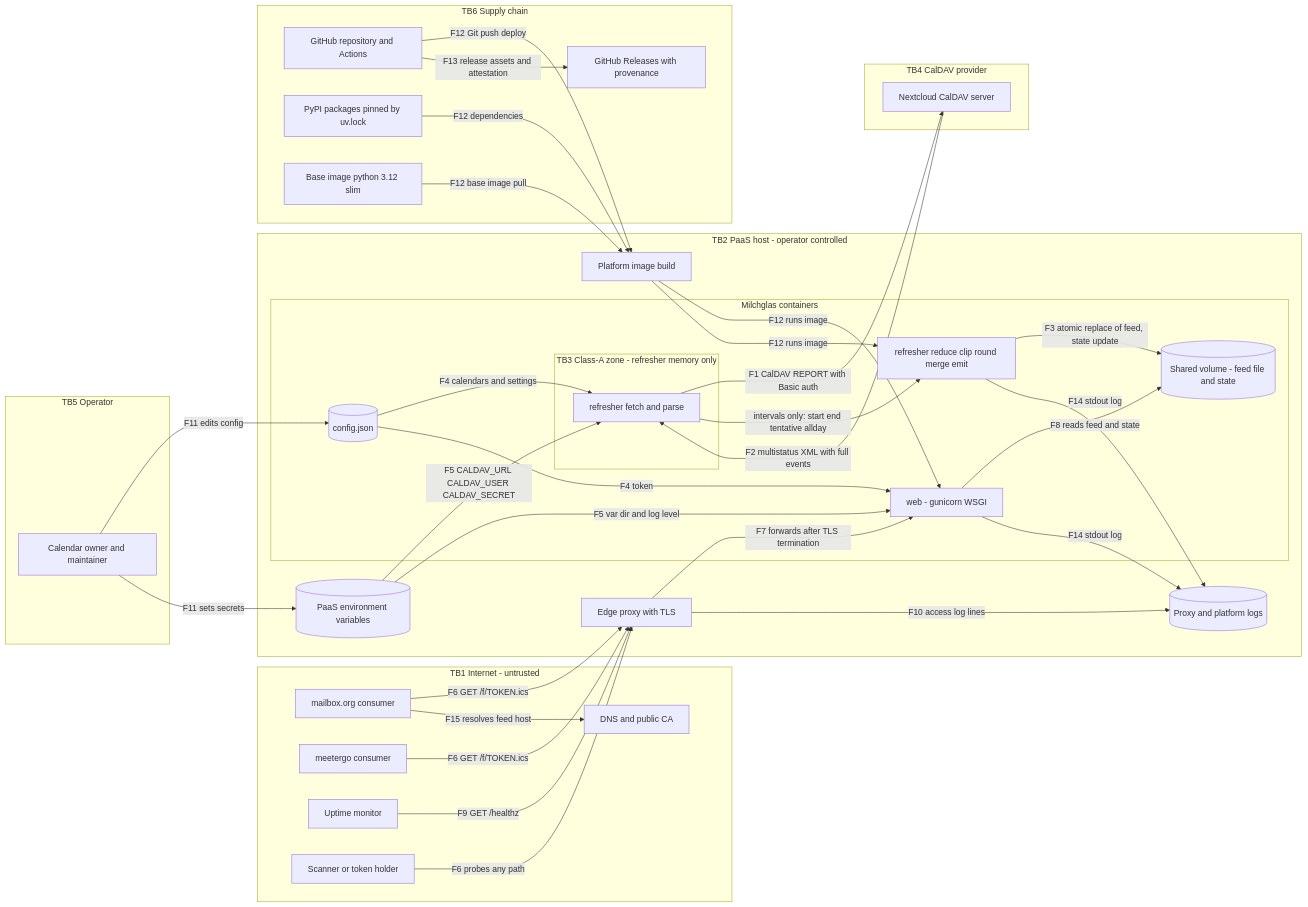
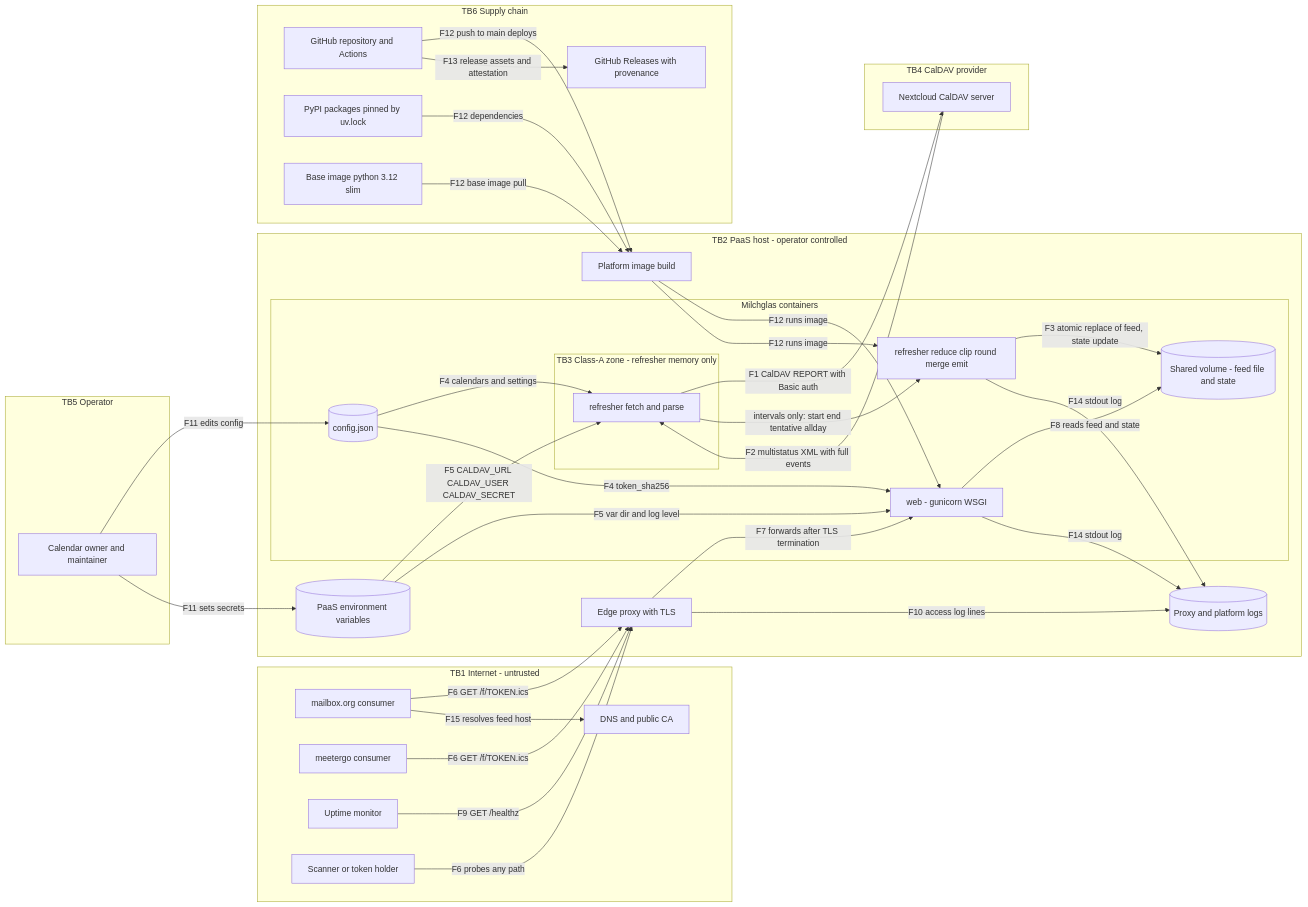
The diagram in docs/threat-model.md (Prism-Purpose-Pace/milchglas), drawn with Mermaid before and after one commit. The commit also changed other lines of this file, not shown here.

````diff
--- a/docs/threat-model.md
+++ b/docs/threat-model.md
@@ -94,63 +102,63 @@
 ```mermaid
 flowchart LR
     subgraph TB1["TB1 Internet - untrusted"]
         mbx["mailbox.org consumer"]
         mtg["meetergo consumer"]
         mon["Uptime monitor"]
         anon["Scanner or token holder"]
         dns["DNS and public CA"]
     end
     subgraph TB2["TB2 PaaS host - operator controlled"]
         proxy["Edge proxy with TLS"]
         logs[("Proxy and platform logs")]
         envs[("PaaS environment variables")]
         build["Platform image build"]
         subgraph APP["Milchglas containers"]
             subgraph TB3["TB3 Class-A zone - refresher memory only"]
                 fetch["refresher fetch and parse"]
             end
             reduce["refresher reduce clip round merge emit"]
             web["web - gunicorn WSGI"]
             vol[("Shared volume - feed file and state")]
             cfg[("config.json")]
         end
     end
     subgraph TB4["TB4 CalDAV provider"]
         nc["Nextcloud CalDAV server"]
     end
     subgraph TB5["TB5 Operator"]
         op["Calendar owner and maintainer"]
     end
     subgraph TB6["TB6 Supply chain"]
         gh["GitHub repository and Actions"]
         pypi["PyPI packages pinned by uv.lock"]
         img["Base image python 3.12 slim"]
         rel["GitHub Releases with provenance"]
     end
     fetch -- "F1 CalDAV REPORT with Basic auth" --> nc
     nc -- "F2 multistatus XML with full events" --> fetch
     fetch -- "intervals only: start end tentative allday" --> reduce
     reduce -- "F3 atomic replace of feed, state update" --> vol
     cfg -- "F4 calendars and settings" --> fetch
-    cfg -- "F4 token" --> web
+    cfg -- "F4 token_sha256" --> web
     envs -- "F5 CALDAV_URL CALDAV_USER CALDAV_SECRET" --> fetch
     envs -- "F5 var dir and log level" --> web
     mbx -- "F6 GET /f/TOKEN.ics" --> proxy
     mtg -- "F6 GET /f/TOKEN.ics" --> proxy
     anon -- "F6 probes any path" --> proxy
     mon -- "F9 GET /healthz" --> proxy
     proxy -- "F7 forwards after TLS termination" --> web
     web -- "F8 reads feed and state" --> vol
     proxy -- "F10 access log lines" --> logs
     reduce -- "F14 stdout log" --> logs
     web -- "F14 stdout log" --> logs
     op -- "F11 edits config" --> cfg
     op -- "F11 sets secrets" --> envs
-    gh -- "F12 Git push deploy" --> build
+    gh -- "F12 push to main deploys" --> build
     pypi -- "F12 dependencies" --> build
     img -- "F12 base image pull" --> build
     build -- "F12 runs image" --> web
     build -- "F12 runs image" --> reduce
     gh -- "F13 release assets and attestation" --> rel
     mbx -- "F15 resolves feed host" --> dns
 ```
````
